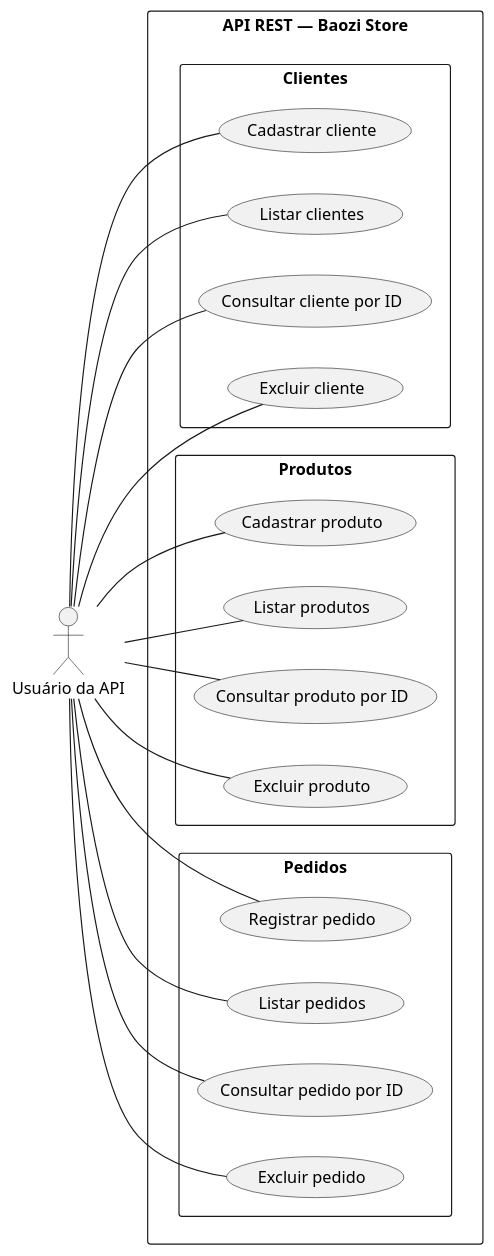
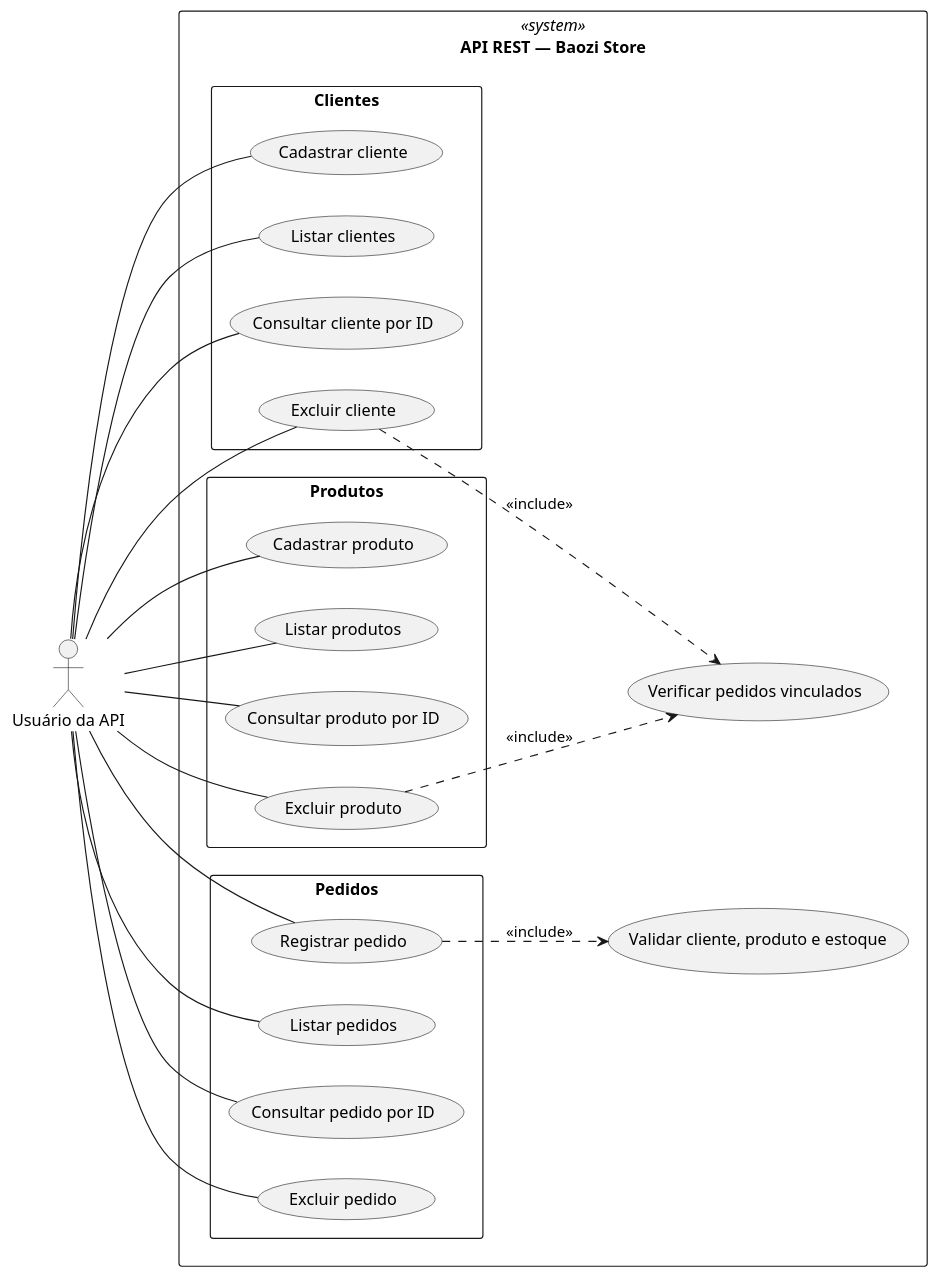
Before and after one commit to AndersonTavares0/baozistore-api: the diagram in docs/diagrama-caso-de-uso.puml, drawn with PlantUML. The commit also changed 1 other file, not shown here.

Commit message:
docs: aprimora diagrama UML de casos de uso com relações include (#7)

```diff
--- a/docs/diagrama-caso-de-uso.puml
+++ b/docs/diagrama-caso-de-uso.puml
@@ -1,41 +1,48 @@
 @startuml BaoziStoreCasosDeUso
 left to right direction
 skinparam packageStyle rectangle
 skinparam shadowing false
 
 actor "Usuário da API" as Usuario
 
-rectangle "API REST — Baozi Store" {
+rectangle "API REST — Baozi Store" <<system>> {
   package "Clientes" {
     usecase "Cadastrar cliente" as CadastrarCliente
     usecase "Listar clientes" as ListarClientes
     usecase "Consultar cliente por ID" as ConsultarCliente
     usecase "Excluir cliente" as ExcluirCliente
   }
   package "Produtos" {
     usecase "Cadastrar produto" as CadastrarProduto
     usecase "Listar produtos" as ListarProdutos
     usecase "Consultar produto por ID" as ConsultarProduto
     usecase "Excluir produto" as ExcluirProduto
   }
   package "Pedidos" {
     usecase "Registrar pedido" as RegistrarPedido
     usecase "Listar pedidos" as ListarPedidos
     usecase "Consultar pedido por ID" as ConsultarPedido
     usecase "Excluir pedido" as ExcluirPedido
   }
+
+  usecase "Verificar pedidos vinculados" as VerificarVinculos
+  usecase "Validar cliente, produto e estoque" as ValidarPedido
 }
 
 Usuario -- CadastrarCliente
 Usuario -- ListarClientes
 Usuario -- ConsultarCliente
 Usuario -- ExcluirCliente
 Usuario -- CadastrarProduto
 Usuario -- ListarProdutos
 Usuario -- ConsultarProduto
 Usuario -- ExcluirProduto
 Usuario -- RegistrarPedido
 Usuario -- ListarPedidos
 Usuario -- ConsultarPedido
 Usuario -- ExcluirPedido
+
+ExcluirCliente ..> VerificarVinculos : <<include>>
+ExcluirProduto ..> VerificarVinculos : <<include>>
+RegistrarPedido ..> ValidarPedido : <<include>>
 @enduml
```
